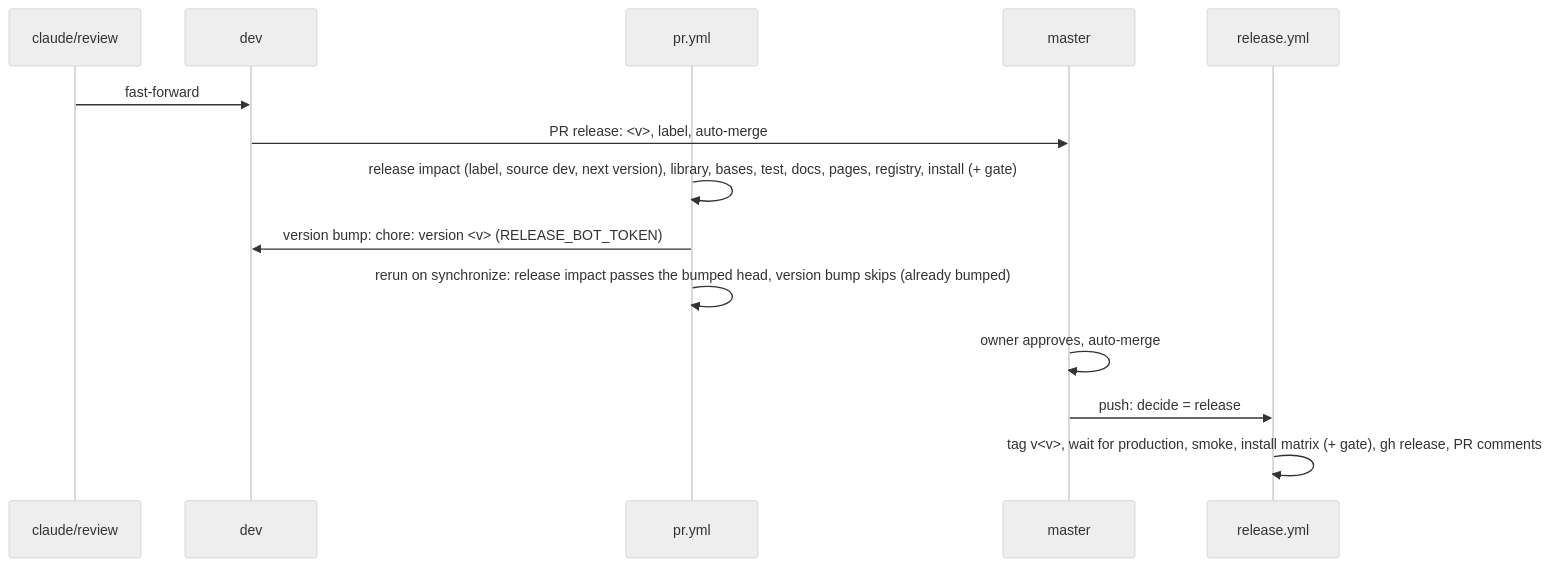
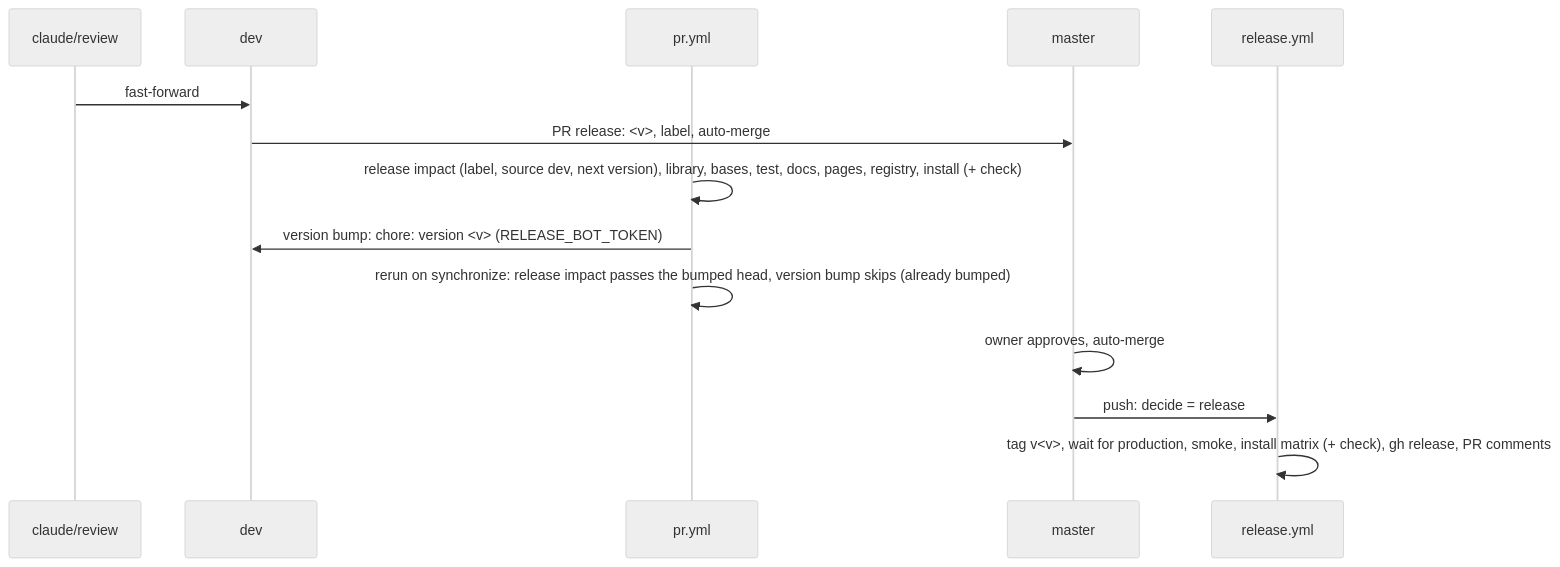
One commit to anindosarker/shadcn-table changed the diagram in .ai/plans/v0.8.x/anindosarker/epics/07.1-release-automation.md. Above: the diagram before and after it, drawn with Mermaid (neutral theme). The commit also changed other lines of this file and 64 other files, not shown here.

First line of the commit message:
docs: check replaces gate in the plan files and the contributor docs (D84)

````diff
--- a/.ai/plans/v0.8.x/anindosarker/epics/07.1-release-automation.md
+++ b/.ai/plans/v0.8.x/anindosarker/epics/07.1-release-automation.md
@@ -79,16 +79,16 @@
 ```mermaid
 sequenceDiagram
   participant R as claude/review
   participant D as dev
   participant P as pr.yml
   participant M as master
   participant W as release.yml
   R->>D: fast-forward
   D->>M: PR release: <v>, label, auto-merge
-  P->>P: release impact (label, source dev, next version), library, bases, test, docs, pages, registry, install (+ gate)
+  P->>P: release impact (label, source dev, next version), library, bases, test, docs, pages, registry, install (+ check)
   P->>D: version bump: chore: version <v> (RELEASE_BOT_TOKEN)
   P->>P: rerun on synchronize: release impact passes the bumped head, version bump skips (already bumped)
   M->>M: owner approves, auto-merge
   M->>W: push: decide = release
-  W->>W: tag v<v>, wait for production, smoke, install matrix (+ gate), gh release, PR comments
+  W->>W: tag v<v>, wait for production, smoke, install matrix (+ check), gh release, PR comments
 ```
````
